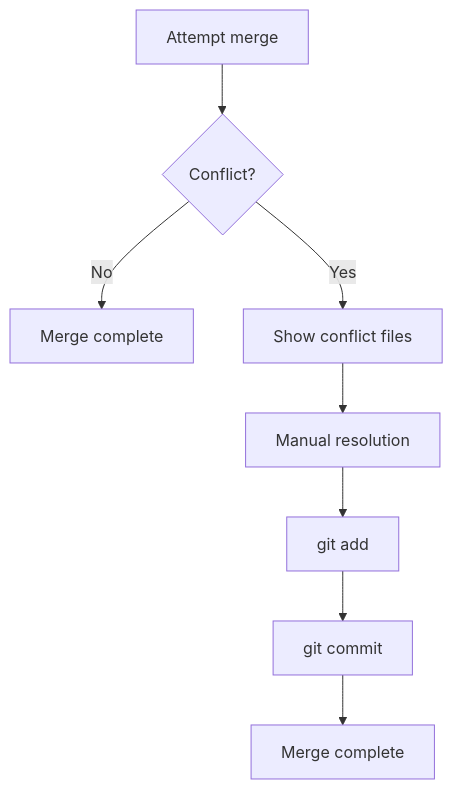
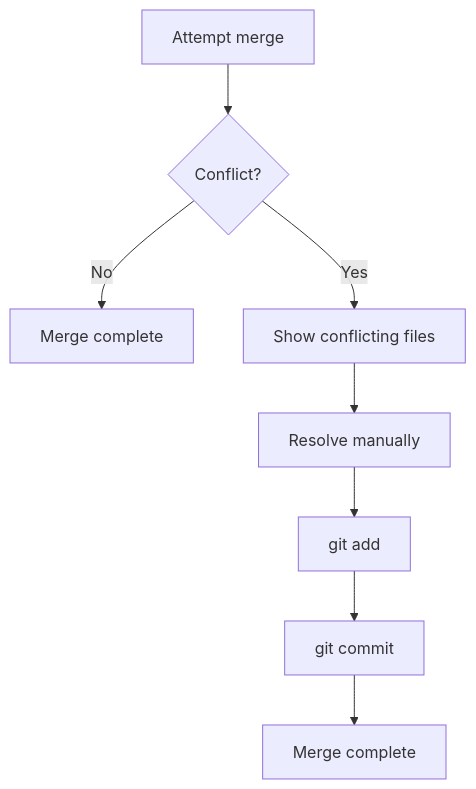
One commit to modu-ai/moai-adk changed the ninth of 10 diagrams in docs-site/content/en/worktree/guide.md. Above: the diagram before and after it, drawn with Mermaid. The commit also changed other lines of this file and 395 other files, not shown here.

````diff
--- a/docs-site/content/en/worktree/guide.md
+++ b/docs-site/content/en/worktree/guide.md
@@ -524,10 +535,10 @@
 ```mermaid
 flowchart TD
     A[Attempt merge] --> B{Conflict?}
     B -->|No| C[Merge complete]
-    B -->|Yes| D[Show conflict files]
-    D --> E[Manual resolution]
+    B -->|Yes| D[Show conflicting files]
+    D --> E[Resolve manually]
     E --> F[git add]
     F --> G[git commit]
     G --> H[Merge complete]
 ```
````
